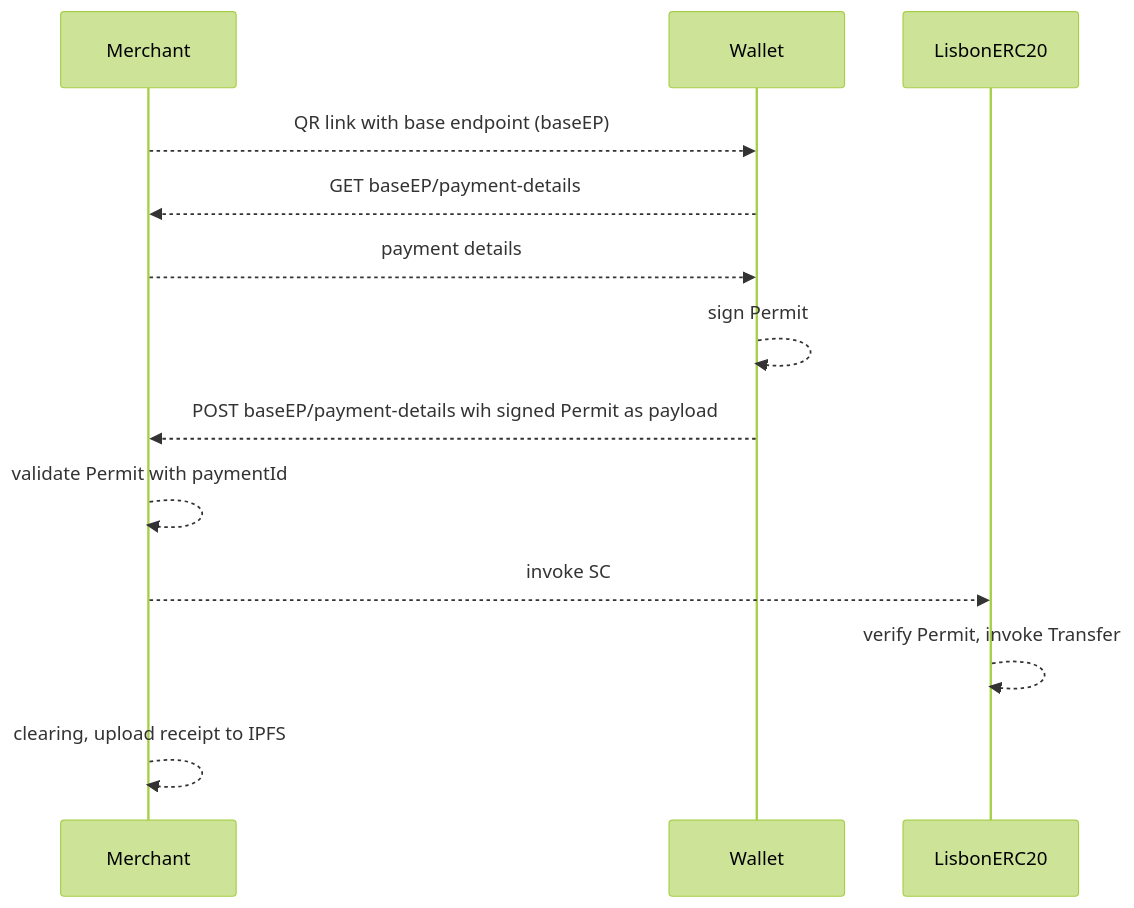
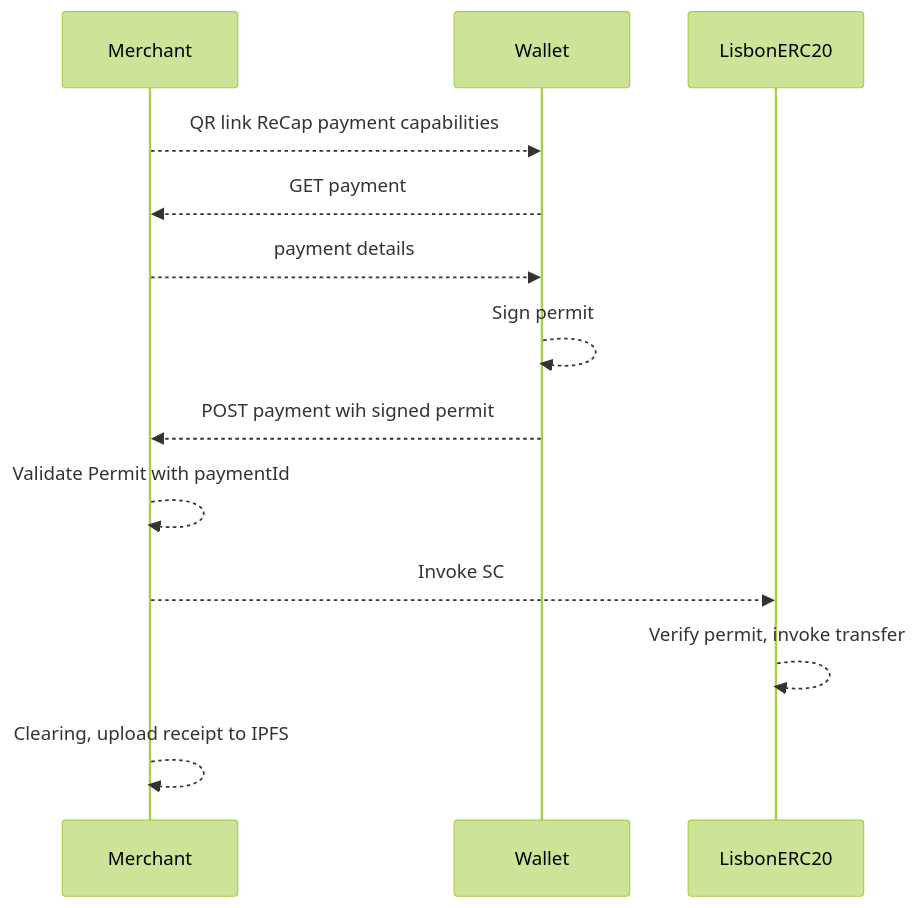
One commit to kdog1425/walletcon-payment-hacks changed the diagram in README.md. Above: the diagram before and after it, drawn with Mermaid (forest theme).

````diff
--- a/README.md
+++ b/README.md
@@ -2,12 +2,12 @@
 ```mermaid
 sequenceDiagram
-    Merchant-->>Wallet: QR link with base endpoint (baseEP)
-    Wallet-->>Merchant: GET baseEP/payment-details
+    Merchant-->>Wallet: QR link ReCap payment capabilities
+    Wallet-->>Merchant: GET payment
     Merchant-->>Wallet: payment details
-    Wallet-->>Wallet: sign Permit
-    Wallet-->>Merchant: POST baseEP/payment-details wih signed Permit as payload
-    Merchant-->>Merchant: validate Permit with paymentId
-    Merchant-->>LisbonERC20: invoke SC
-    LisbonERC20-->>LisbonERC20: verify Permit, invoke Transfer
-    Merchant-->>Merchant: clearing, upload receipt to IPFS
+    Wallet-->>Wallet: Sign permit
+    Wallet-->>Merchant: POST payment wih signed permit
+    Merchant-->>Merchant: Validate Permit with paymentId
+    Merchant-->>LisbonERC20: Invoke SC
+    LisbonERC20-->>LisbonERC20: Verify permit, invoke transfer
+    Merchant-->>Merchant: Clearing, upload receipt to IPFS
 ```
````
